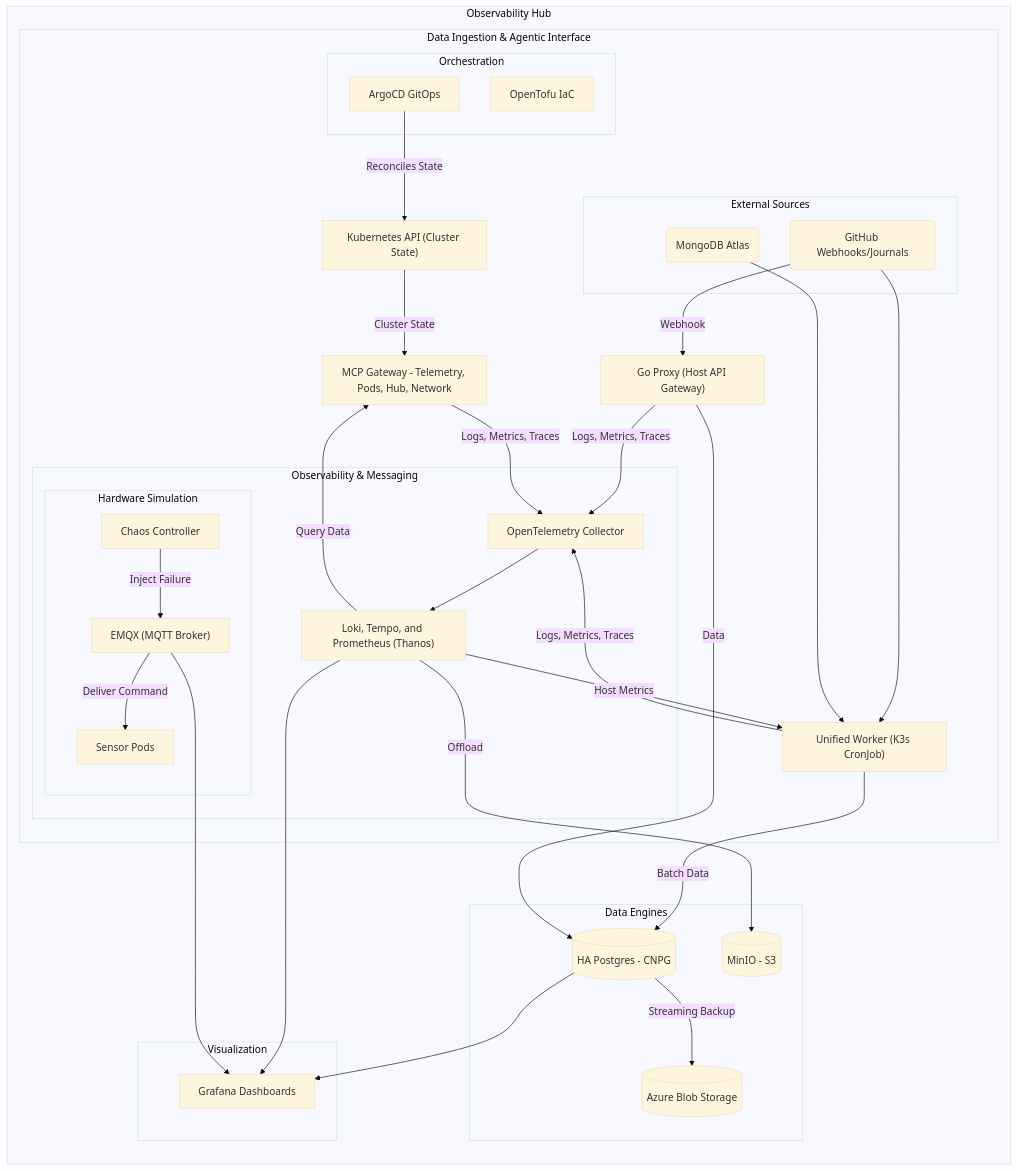
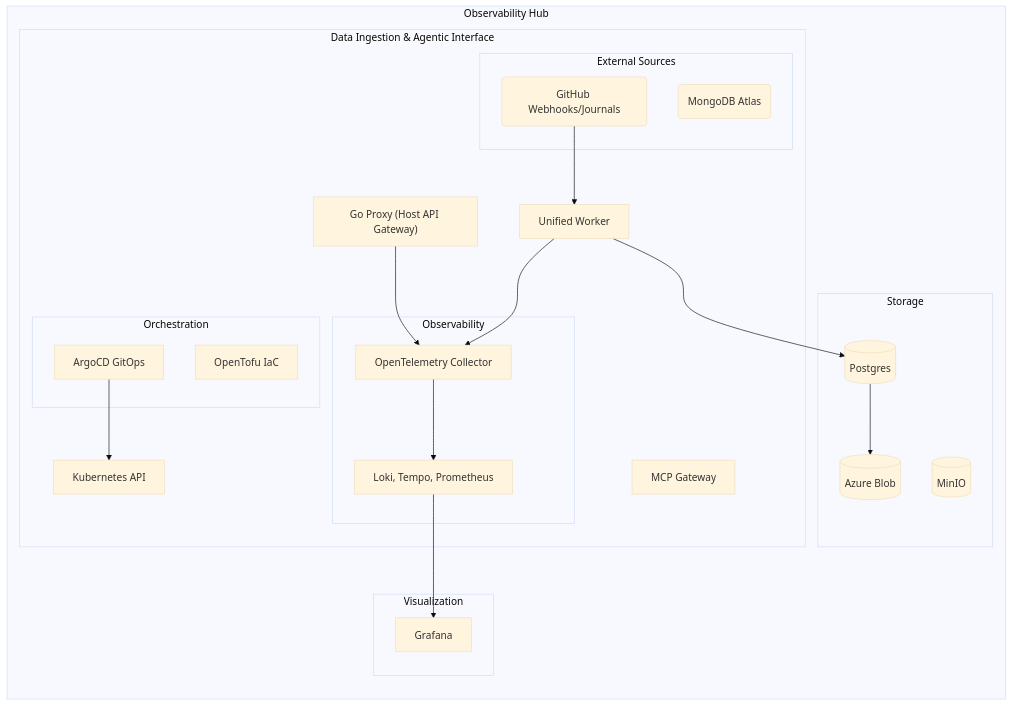
One commit to victoriacheng15/observability-hub changed the diagram in README.md. Above: the diagram before and after it, drawn with Mermaid (base theme). The commit also changed other lines of this file and 5 other files, not shown here.

````diff
--- a/README.md
+++ b/README.md
@@ -58,75 +114,45 @@
 ```mermaid
 flowchart TB
     subgraph ObservabilityHub ["Observability Hub"]
         direction TB
         subgraph Logic ["Data Ingestion & Agentic Interface"]
             subgraph External ["External Sources"]
                 Mongo(MongoDB Atlas)
                 GH(GitHub Webhooks/Journals)
             end
 
             subgraph Control ["Orchestration"]
                 GitOps[ArgoCD GitOps]
                 Tofu[OpenTofu IaC]
             end
 
             Proxy["Go Proxy (Host API Gateway)"]
-            MCP["MCP Gateway - Telemetry, Pods, Hub, Network"]
-            Worker["Unified Worker (K3s CronJob)"]
-            K3S["Kubernetes API (Cluster State)"]
+            MCP["MCP Gateway"]
+            Worker["Unified Worker"]
+            K3S["Kubernetes API"]
 
-            subgraph DataPlatform ["Observability & Messaging"]
+            subgraph DataPlatform ["Observability"]
                 OTEL[OpenTelemetry Collector]
-                Observability["Loki, Tempo, and Prometheus (Thanos)"]
-                subgraph Simulation ["Hardware Simulation"]
-                    Sensors["Sensor Pods"]
-                    Chaos["Chaos Controller"]
-                    EMQX["EMQX (MQTT Broker)"]
-                end
+                Observability["Loki, Tempo, Prometheus"]
             end
         end
 
-        subgraph Storage ["Data Engines"]
-            PG[(HA Postgres - CNPG)]
-            S3[(MinIO - S3)]
-            Azure[(Azure Blob Storage)]
+        subgraph Storage ["Storage"]
+            PG[(Postgres)]
+            S3[(MinIO)]
+            Azure[(Azure Blob)]
         end
-        
 
         subgraph Visualization ["Visualization"]
-            Grafana[Grafana Dashboards]
+            Grafana[Grafana]
         end
     end
 
-    %% GitOps Loop
-    GitOps -- "Reconciles State" --> K3S
-
-    %% Data Pipeline Connections
+    GitOps --> K3S
     GH --> Worker
-    GH -- "Webhook" --> Proxy
-    Mongo --> Worker
-    
-    %% Unified MCP Paths
-    Observability -- "Query Data" --> MCP
-    K3S -- "Cluster State" --> MCP
-
-    %% Simulation & Chaos
-    Chaos -- "Inject Failure" --> EMQX
-    EMQX -- "Deliver Command" --> Sensors
-
-    %% Telemetry & Storage Connections
-    Observability -- "Host Metrics" --> Worker
-    Worker -- "Batch Data" --> PG
-    Proxy -- Data --> PG
-
-    %% Telemetry Pipeline (OTLP)
-    Proxy & MCP & Worker -- "Logs, Metrics, Traces" --> OTEL
+    Proxy & Worker --> OTEL
     OTEL --> Observability
-    
-    %% Resilience & Backup
-    Observability -- "Offload" --> S3
-    PG -- "Streaming Backup" --> Azure
-
-    %% Visualization Connections
-    Observability & PG & EMQX --> Grafana
+    Observability --> Grafana
+    Worker --> PG
+    PG --> Azure
 ```
````
